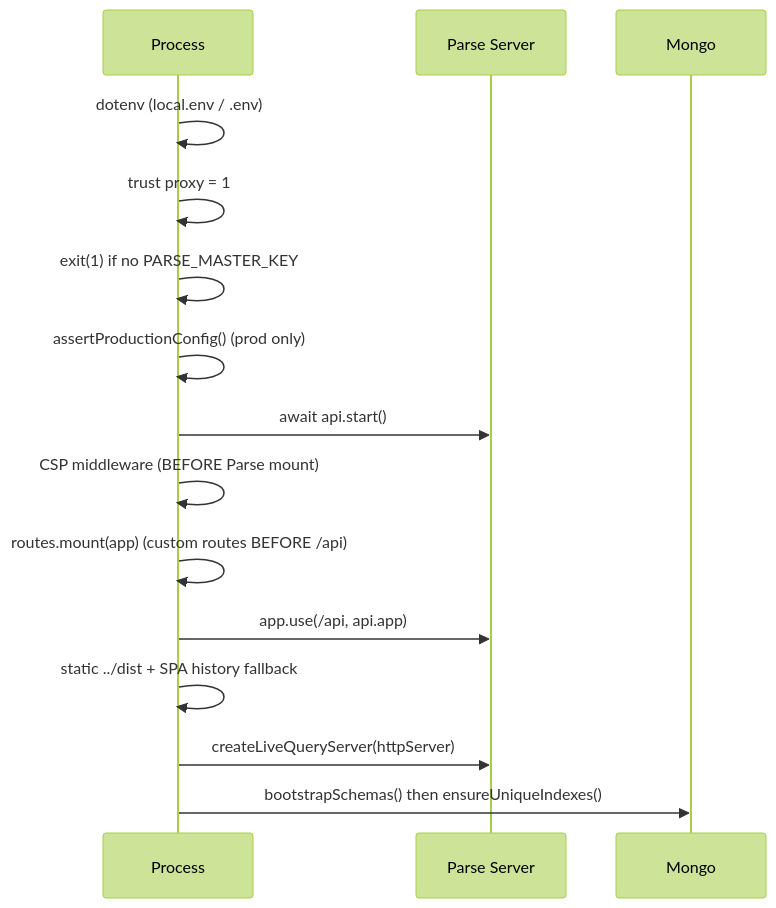
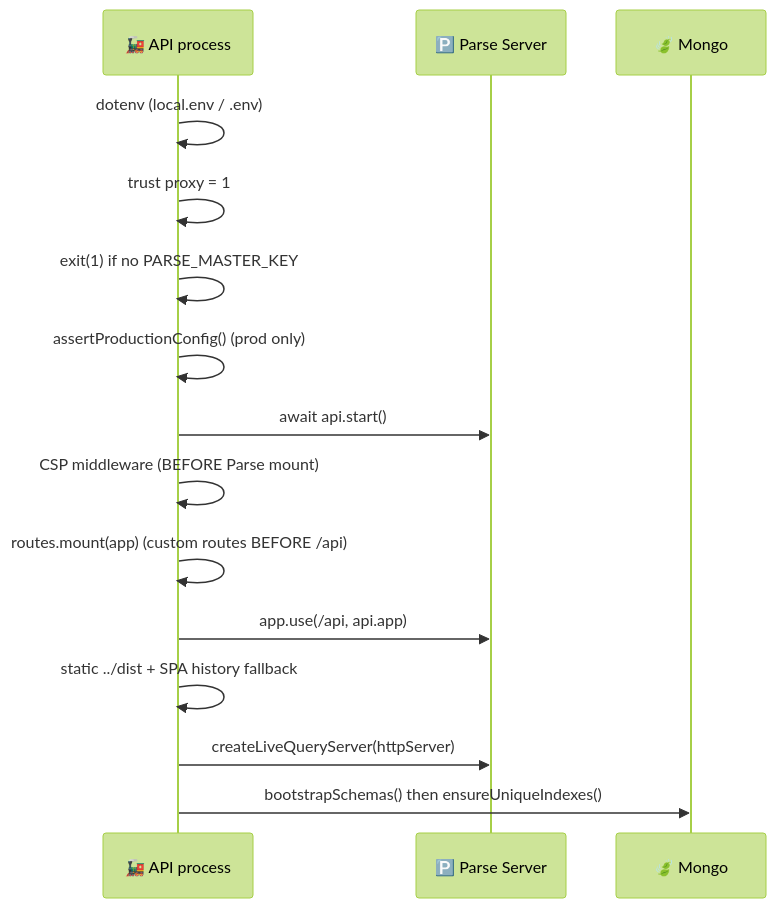
The second of 7 diagrams in documentation/architecture.md (sidkr/fe-gorilla), drawn with Mermaid (forest theme) before and after one commit. The commit also changed other lines of this file and 2 other files, not shown here.

First line of the commit message:
docs: color-code + add iconography to architecture diagrams

````diff
--- a/documentation/architecture.md
+++ b/documentation/architecture.md
@@ -79,17 +96,17 @@
 ```mermaid
 sequenceDiagram
-  participant P as Process
-  participant Parse as Parse Server
-  participant Mongo
+  participant P as 🚂 API process
+  participant Parse as 🅿️ Parse Server
+  participant Mongo as 🍃 Mongo
   P->>P: dotenv (local.env / .env)
   P->>P: trust proxy = 1
   P->>P: exit(1) if no PARSE_MASTER_KEY
   P->>P: assertProductionConfig() (prod only)
   P->>Parse: await api.start()
   P->>P: CSP middleware (BEFORE Parse mount)
   P->>P: routes.mount(app) (custom routes BEFORE /api)
   P->>Parse: app.use(/api, api.app)
   P->>P: static ../dist + SPA history fallback
   P->>Parse: createLiveQueryServer(httpServer)
   P->>Mongo: bootstrapSchemas() then ensureUniqueIndexes()
 ```
````
